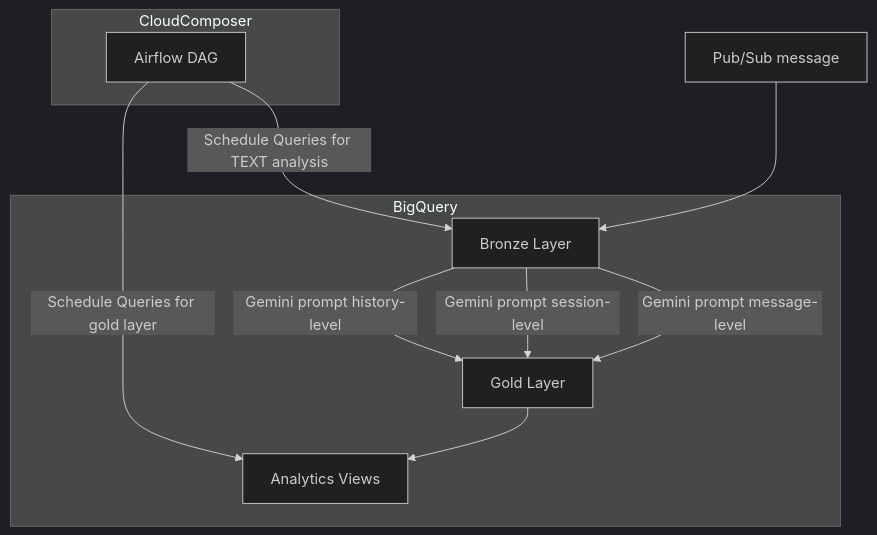
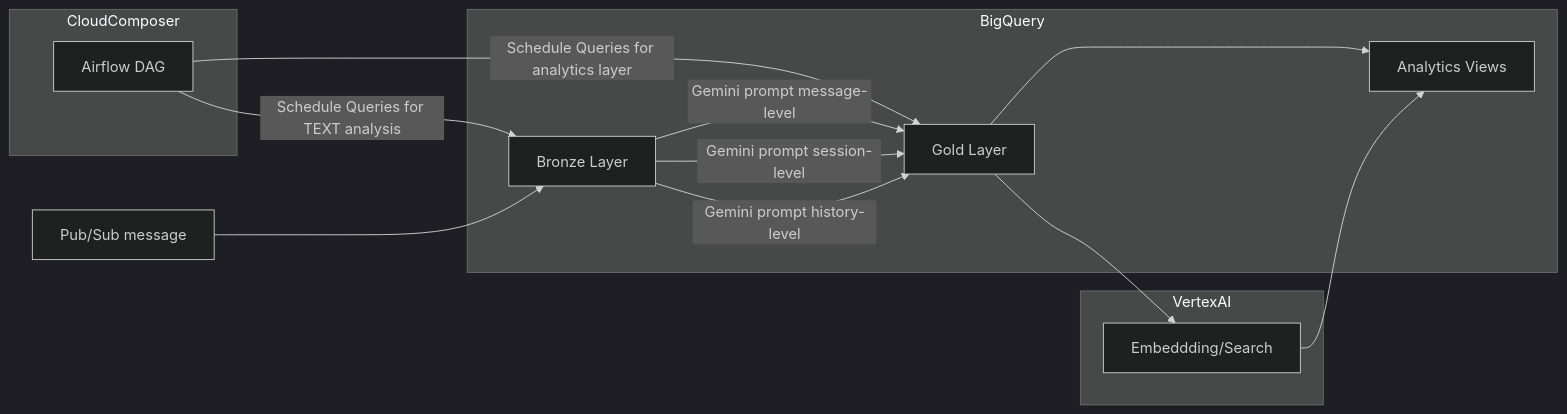
Before and after one commit to JaredBermanDataEngineer/Lore: the diagram in README.md, drawn with Mermaid (dark theme). The commit also changed other lines of this file, not shown here.

````diff
--- a/README.md
+++ b/README.md
@@ -129,24 +129,30 @@
 ```mermaid
-flowchart TD
+flowchart LR
 
     A[Pub/Sub message]
 
     subgraph BIGQUERY[BigQuery]
         B[Bronze Layer]
         C[Gold Layer]
         D[Analytics Views]
     end
 
     subgraph CloudComposer[CloudComposer]
         F[Airflow DAG]
     end
 
+    subgraph VertexAI[VertexAI]
+        G[Embeddding/Search]
+    end
 
-    A --> B
+
     F-->|Schedule Queries for TEXT analysis|B
-    F-->|Schedule Queries for gold layer|D
+    A-->B
+    F-->|Schedule Queries for analytics layer|C
     B -->|Gemini prompt message-level| C
     B -->|Gemini prompt session-level| C
     B -->|Gemini prompt history-level| C
-    C -->D
+    C -->G
+    C-->D
+    G-->D
 ```
````
